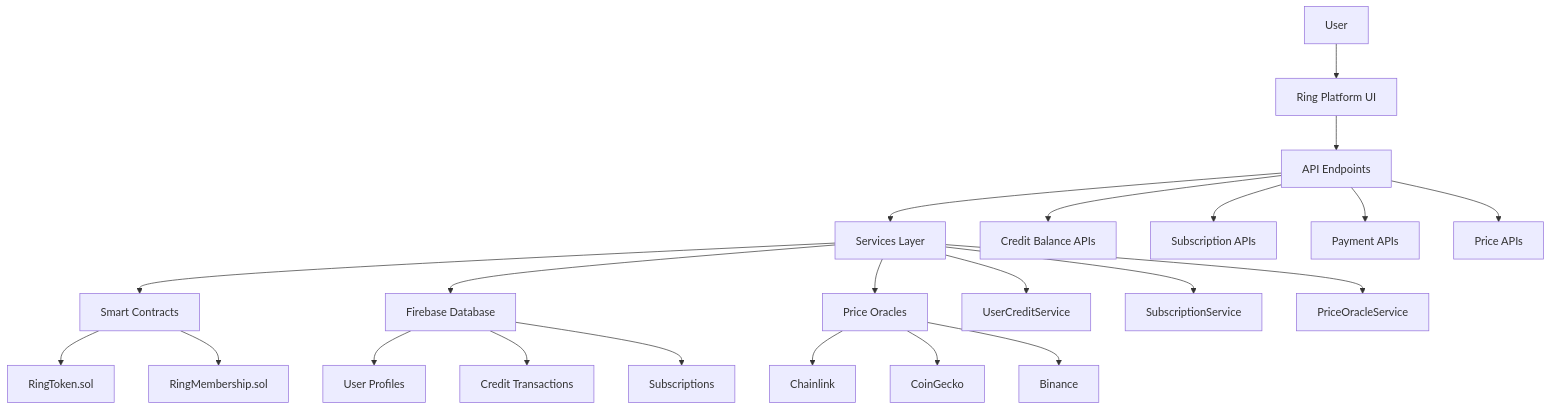
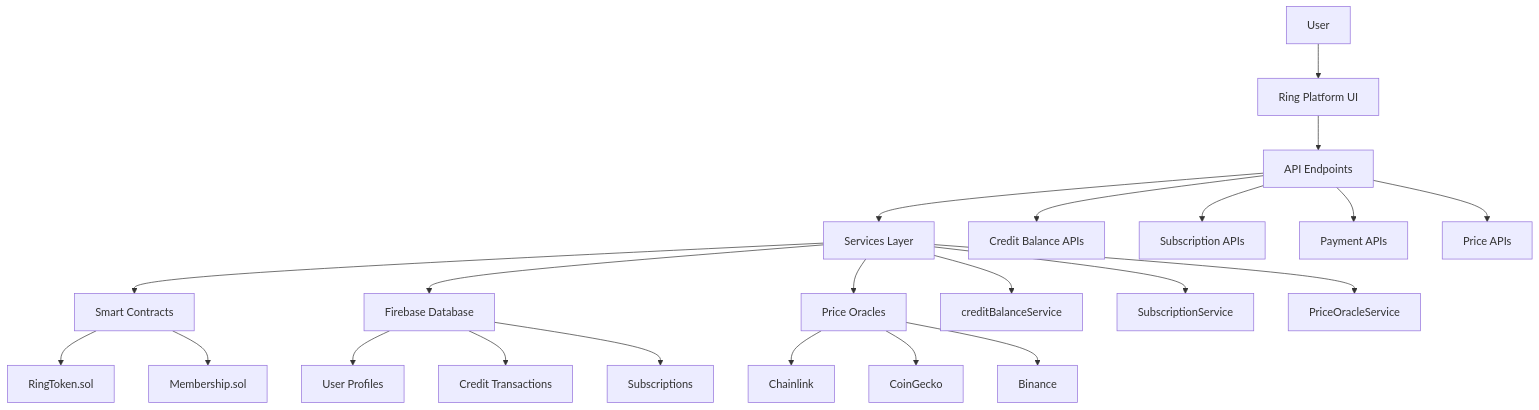
The diagram in features/store/RING-TOKEN-IMPLEMENTATION-SUMMARY.md (connectplatform/ring), drawn with Mermaid before and after one commit. The commit also changed other lines of this file and 869 other files, not shown here.

````diff
--- a/features/store/RING-TOKEN-IMPLEMENTATION-SUMMARY.md
+++ b/features/store/RING-TOKEN-IMPLEMENTATION-SUMMARY.md
@@ -47,29 +47,29 @@
 ```mermaid
 graph TB
     A[User] --> B[Ring Platform UI]
     B --> C[API Endpoints]
     C --> D[Services Layer]
     D --> E[Smart Contracts]
     D --> F[Firebase Database]
     D --> G[Price Oracles]
     
     C --> C1[Credit Balance APIs]
     C --> C2[Subscription APIs]
     C --> C3[Payment APIs]
     C --> C4[Price APIs]
     
-    D --> D1[UserCreditService]
+    D --> D1[creditBalanceService]
     D --> D2[SubscriptionService]
     D --> D3[PriceOracleService]
     
     E --> E1[RingToken.sol]
-    E --> E2[RingMembership.sol]
+    E --> E2[Membership.sol]
     
     G --> G1[Chainlink]
     G --> G2[CoinGecko]
     G --> G3[Binance]
     
     F --> F1[User Profiles]
     F --> F2[Credit Transactions]
     F --> F3[Subscriptions]
 ```
````
